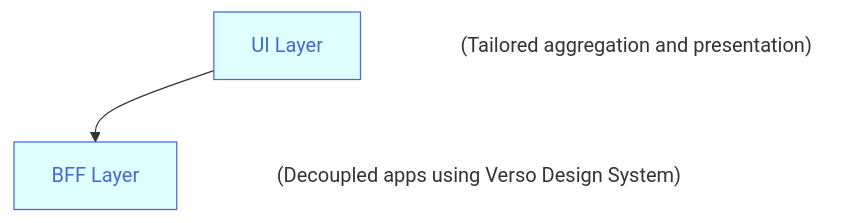
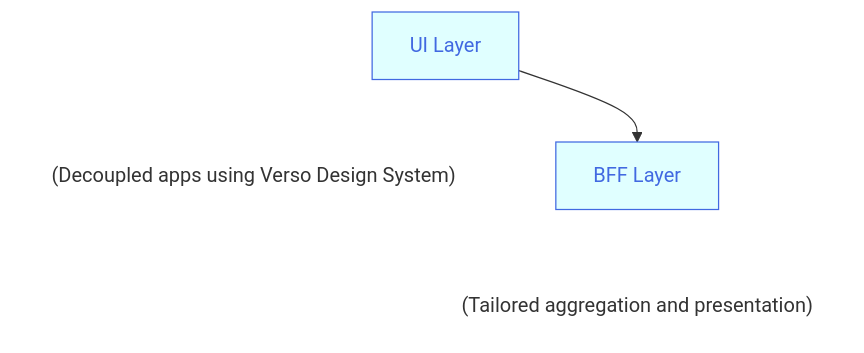
Before and after one commit to joe-dorward/samples: the diagram in buttons_mermaid_v3.md, drawn with Mermaid.

````diff
--- a/buttons_mermaid_v3.md
+++ b/buttons_mermaid_v3.md
@@ -3,37 +3,39 @@
 ```mermaid
   %%{
     init: {"flowchart": { "markdownAutoWrap":"false", "textWrap":"false", "wrappingWidth": "100%" }
     }
   }%%
   flowchart TD
 
   %% define styles
   classDef Button fill:lightcyan, stroke:royalblue, color:royalblue;
   classDef Note fill:transparent, stroke:white, text-align:left;
   %% ---------- ---------- ---------- ---------- ---------- ---------- ---------- ---------- ---------- ----------
 
     BUTTON_01[UI Layer]:::Button
     click BUTTON_01 "https://en.wikipedia.org/wiki/Main_Page" _blank
     BUTTON_01_NOTE["(Decoupled apps using Verso Design System)"]:::Note
   
     %% connect button to note
     %%BUTTON_01-.-o
     %%BUTTON_01_NOTE
 
   %% ---------- ---------- ---------- ---------- ---------- ---------- ---------- ---------- ---------- ----------
 
     BUTTON_02[BFF Layer]:::Button
     click BUTTON_02 "https://en.wikipedia.org/wiki/Main_Page" _blank
     BUTTON_02_NOTE["(Tailored aggregation and presentation)"]:::Note
   
     %% connect button to note
     %%BUTTON_02-.-o
     %%BUTTON_02_NOTE
  
   %% ---------- ---------- ---------- ---------- ---------- ---------- ---------- ---------- ---------- ----------
   BUTTON_01-->BUTTON_02
 
   BUTTON_01~~~
   BUTTON_01_NOTE
 
+  BUTTON_02~~~
+  BUTTON_02_NOTE
 ```
````
